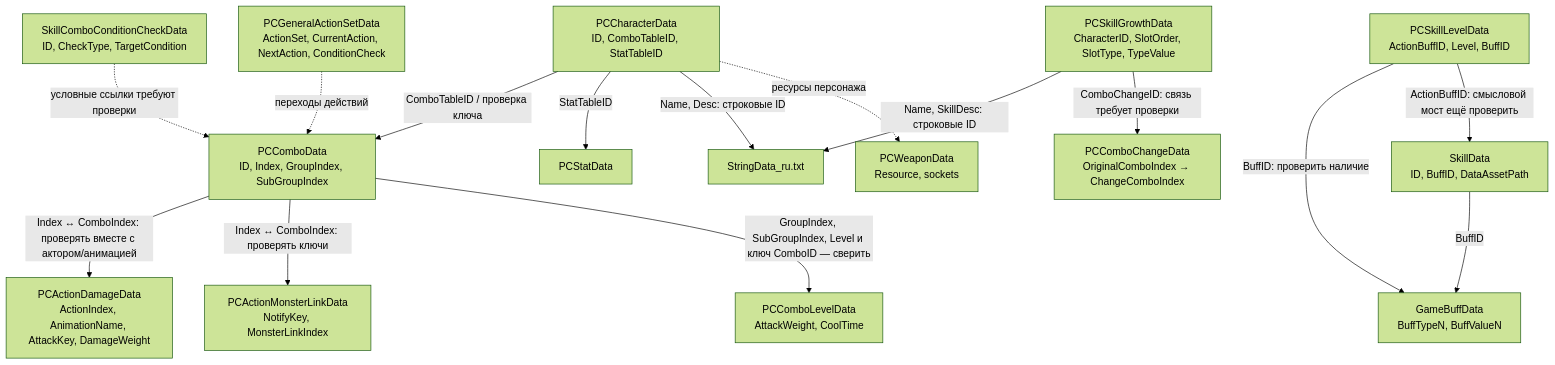
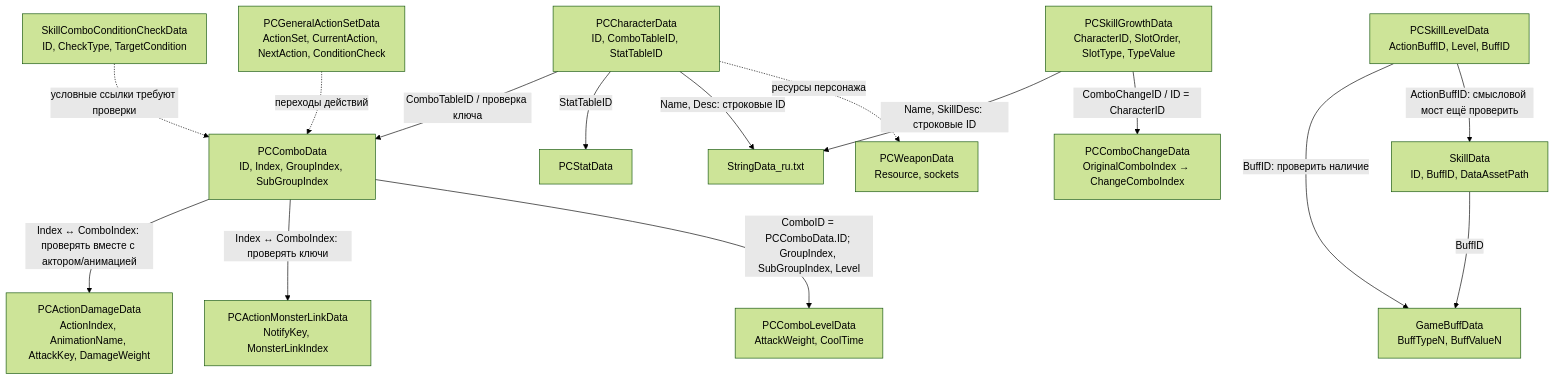
One commit to BuXaLo/dragonswordAnalyse changed the diagram in README.md. Above: the diagram before and after it, drawn with Mermaid (forest theme). The commit also changed other lines of this file and 4 other files, not shown here.

````diff
--- a/README.md
+++ b/README.md
@@ -109,18 +124,18 @@
 ```mermaid
 flowchart TD
     CH[PCCharacterData<br/>ID, ComboTableID, StatTableID] -->|ComboTableID / проверка ключа| COMBO[PCComboData<br/>ID, Index, GroupIndex, SubGroupIndex]
     CH -->|StatTableID| STAT[PCStatData]
     CH -->|Name, Desc: строковые ID| STR[StringData_ru.txt]
     GROW[PCSkillGrowthData<br/>CharacterID, SlotOrder, SlotType, TypeValue] -->|Name, SkillDesc: строковые ID| STR
-    GROW -->|ComboChangeID: связь требует проверки| CHANGE[PCComboChangeData<br/>OriginalComboIndex → ChangeComboIndex]
+    GROW -->|ComboChangeID / ID = CharacterID| CHANGE[PCComboChangeData<br/>OriginalComboIndex → ChangeComboIndex]
     COMBO -->|Index ↔ ComboIndex: проверять вместе с актором/анимацией| DMG[PCActionDamageData<br/>ActionIndex, AnimationName, AttackKey, DamageWeight]
     COMBO -->|Index ↔ ComboIndex: проверять ключи| LINK[PCActionMonsterLinkData<br/>NotifyKey, MonsterLinkIndex]
-    COMBO -->|GroupIndex, SubGroupIndex, Level и ключ ComboID — сверить| LEVEL[PCComboLevelData<br/>AttackWeight, CoolTime]
+    COMBO -->|ComboID = PCComboData.ID; GroupIndex, SubGroupIndex, Level| LEVEL[PCComboLevelData<br/>AttackWeight, CoolTime]
     SKILL[SkillData<br/>ID, BuffID, DataAssetPath] -->|BuffID| BUFF[GameBuffData<br/>BuffTypeN, BuffValueN]
     PLEVEL[PCSkillLevelData<br/>ActionBuffID, Level, BuffID] -->|BuffID: проверить наличие| BUFF
     PLEVEL -->|ActionBuffID: смысловой мост ещё проверить| SKILL
     COND[SkillComboConditionCheckData<br/>ID, CheckType, TargetCondition] -. условные ссылки требуют проверки .-> COMBO
     ACTION[PCGeneralActionSetData<br/>ActionSet, CurrentAction, NextAction, ConditionCheck] -. переходы действий .-> COMBO
     WEAPON[PCWeaponData<br/>Resource, sockets]
     CH -. ресурсы персонажа .-> WEAPON
 ```
````
